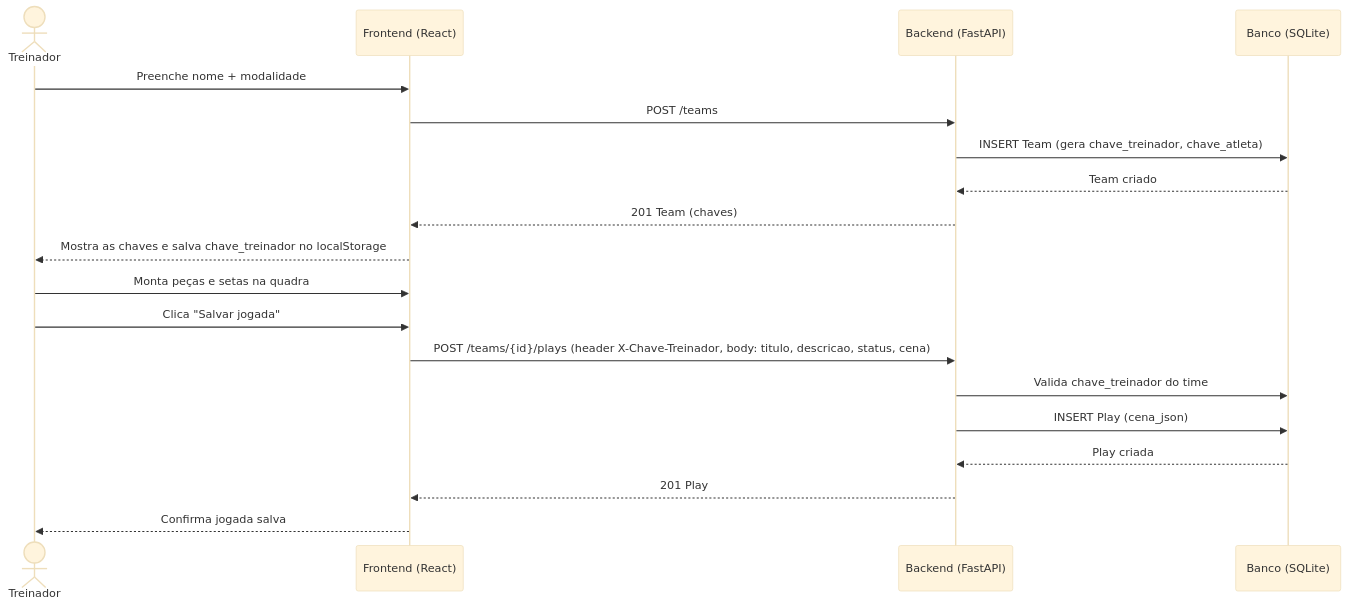
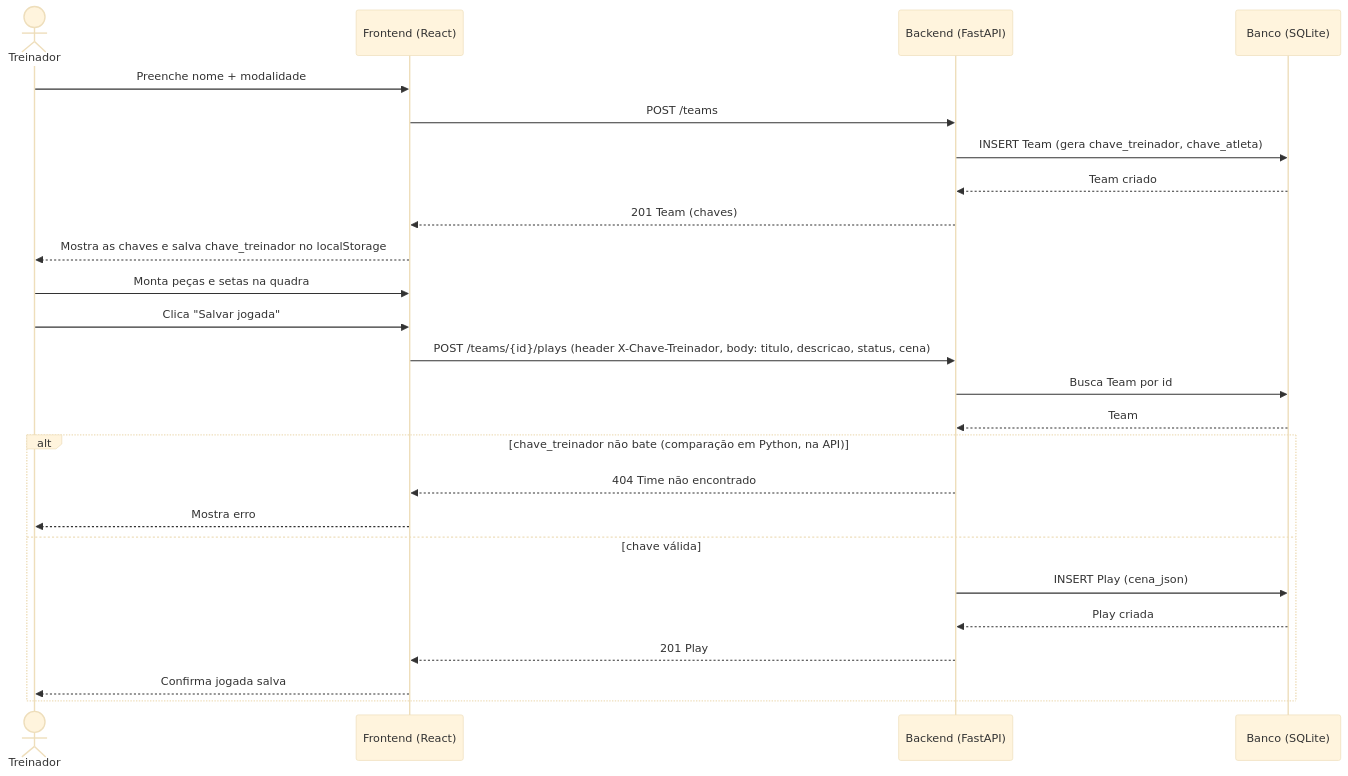
Before and after one commit to iMandy10/-EDS--Prancheta-Tatica: the second of 3 diagrams in README.md, drawn with Mermaid (base theme). The commit also changed other lines of this file, not shown here.

Commit message:
fix: correct outdated docs on possession, action ownership, and validation flow

````diff
--- a/README.md
+++ b/README.md
@@ -179,23 +181,29 @@
 ```mermaid
 sequenceDiagram
     actor Treinador
     participant Frontend as Frontend (React)
     participant API as Backend (FastAPI)
     participant DB as Banco (SQLite)
 
     Treinador->>Frontend: Preenche nome + modalidade
     Frontend->>API: POST /teams
     API->>DB: INSERT Team (gera chave_treinador, chave_atleta)
     DB-->>API: Team criado
     API-->>Frontend: 201 Team (chaves)
     Frontend-->>Treinador: Mostra as chaves e salva chave_treinador no localStorage
 
     Treinador->>Frontend: Monta peças e setas na quadra
     Treinador->>Frontend: Clica "Salvar jogada"
     Frontend->>API: POST /teams/{id}/plays (header X-Chave-Treinador, body: titulo, descricao, status, cena)
-    API->>DB: Valida chave_treinador do time
-    API->>DB: INSERT Play (cena_json)
-    DB-->>API: Play criada
-    API-->>Frontend: 201 Play
-    Frontend-->>Treinador: Confirma jogada salva
+    API->>DB: Busca Team por id
+    DB-->>API: Team
+    alt chave_treinador não bate (comparação em Python, na API)
+        API-->>Frontend: 404 Time não encontrado
+        Frontend-->>Treinador: Mostra erro
+    else chave válida
+        API->>DB: INSERT Play (cena_json)
+        DB-->>API: Play criada
+        API-->>Frontend: 201 Play
+        Frontend-->>Treinador: Confirma jogada salva
+    end
 ```
````
